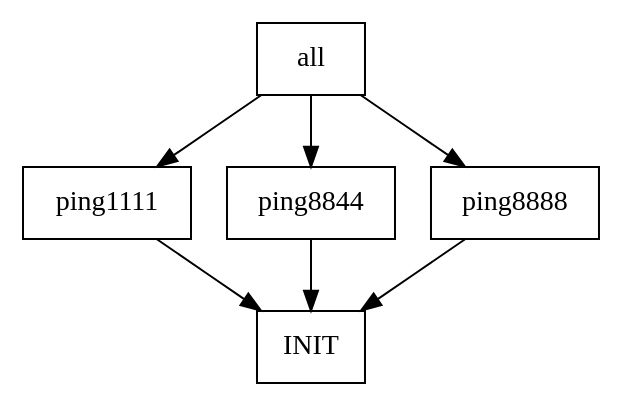
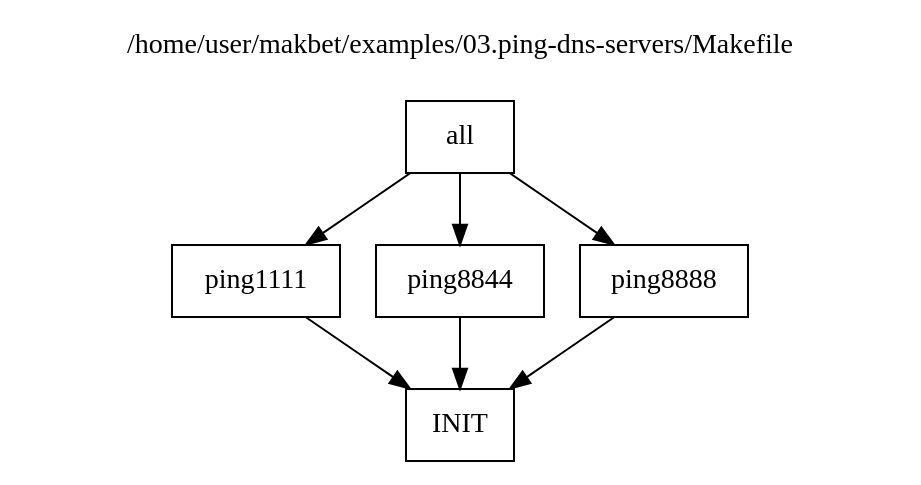
The diagram in docs/examples/03.ping-dns-servers/results.dot (skaluzka/makbet), drawn with Graphviz before and after one commit. The commit also changed other lines of this file and 9 other files, not shown here.

```diff
--- a/docs/examples/03.ping-dns-servers/results.dot
+++ b/docs/examples/03.ping-dns-servers/results.dot
@@ -1,25 +1,27 @@
-
 digraph {
 
-	// Generated automatically by makbet heads/master-0-g351d0e3
-	// Generation date: Sat 08 Aug 2020 10:58:34 PM CEST
+	// Generated automatically by makbet heads/master-0-g88262d1
+	// Generation date: Wed 19 Aug 2020 01:21:07 AM CEST
 	// Input: /home/user/makbet/examples/03.ping-dns-servers/Makefile
+
+	// Graph title.
+	labelloc="t";
+	label="/home/user/makbet/examples/03.ping-dns-servers/Makefile\n\n"
 
 	node [shape=box];
 
 	"all" -> "ping1111";
 	"all" -> "ping8844";
 	"all" -> "ping8888";
 
 	"INIT";
 
 	"ping1111" -> "INIT";
 
 	"ping8844" -> "INIT";
 
 	"ping8888" -> "INIT";
 
-
 	// End of file
 
 }
```
